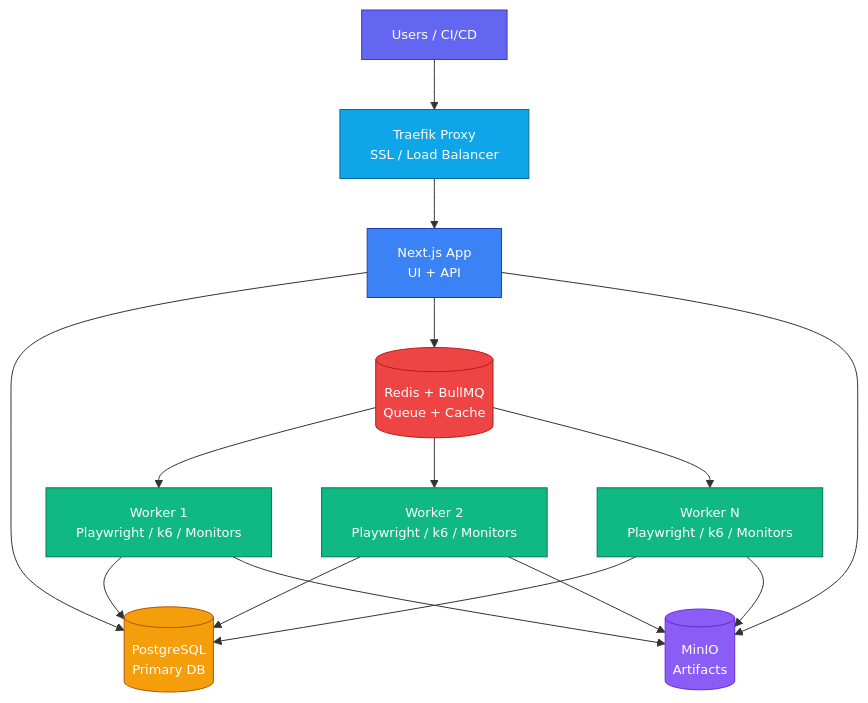
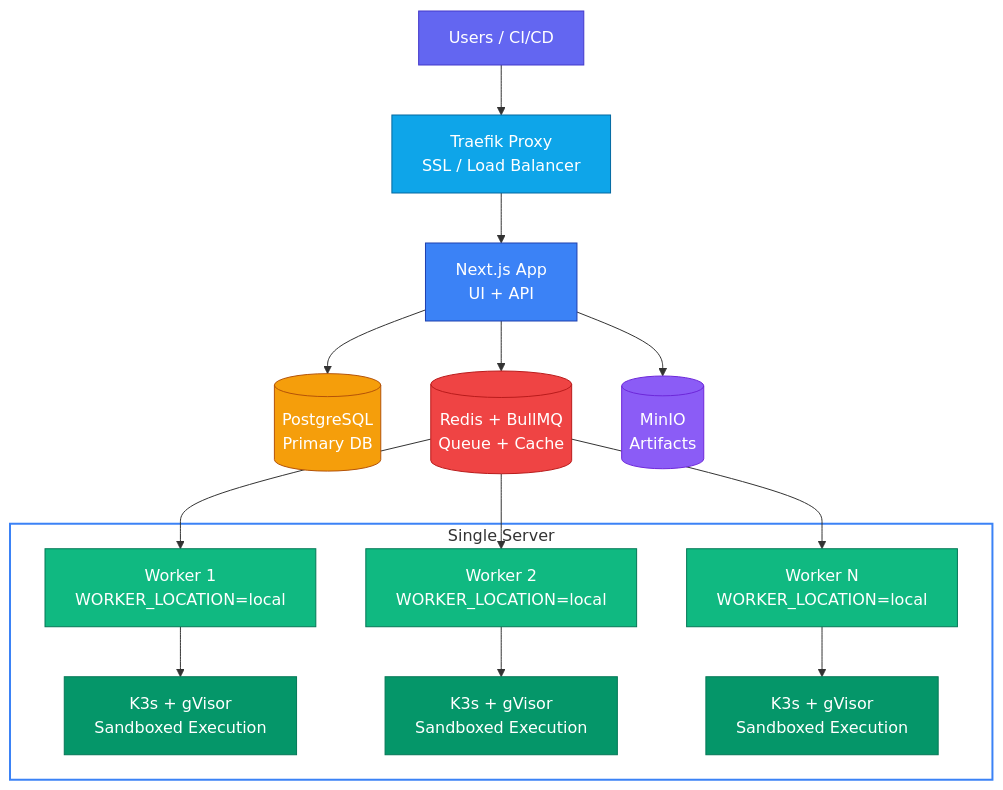
One commit to yawboateng/supercheck changed the diagram in docs/content/docs/app/deployment/self-hosted.mdx. Above: the diagram before and after it, drawn with Mermaid. The commit also changed other lines of this file and 4 other files, not shown here.

Commit message:
feat: enhance documentation for multi-location deployment and gVisor execution model

````diff
--- a/docs/content/docs/app/deployment/self-hosted.mdx
+++ b/docs/content/docs/app/deployment/self-hosted.mdx
@@ -324,27 +324,30 @@
 ```mermaid
-%%{init: {'themeVariables': { 'fontSize': '13px'}}}%%
 flowchart TB
     Users[Users / CI/CD] --> T[Traefik Proxy<br/>SSL / Load Balancer]
     T --> App[Next.js App<br/>UI + API]
-    
-    App --> DB[(PostgreSQL<br/>Primary DB)]
-    App --> Redis[(Redis + BullMQ<br/>Queue + Cache)]
-    App --> S3[(MinIO<br/>Artifacts)]
-    
-    Redis --> W1[Worker 1<br/>Playwright / k6 / Monitors]
-    Redis --> W2[Worker 2<br/>Playwright / k6 / Monitors]
-    Redis --> WN[Worker N<br/>Playwright / k6 / Monitors]
-    
-    W1 & W2 & WN --> DB
-    W1 & W2 & WN --> S3
+    App --> DB[(PostgreSQL<br/>Primary DB)] & Redis[(Redis + BullMQ<br/>Queue + Cache)] & S3[(MinIO<br/>Artifacts)]
+
+    Redis --> W1
+    Redis --> W2
+    Redis --> WN
+
+    subgraph SERVER["Single Server"]
+        W1[Worker 1<br/>WORKER_LOCATION=local] --> K3S_1[K3s + gVisor<br/>Sandboxed Execution]
+        W2[Worker 2<br/>WORKER_LOCATION=local] --> K3S_2[K3s + gVisor<br/>Sandboxed Execution]
+        WN[Worker N<br/>WORKER_LOCATION=local] --> K3S_N[K3s + gVisor<br/>Sandboxed Execution]
+    end
 
     style Users fill:#6366f1,stroke:#4338ca,color:#fff
     style T fill:#0ea5e9,stroke:#0369a1,color:#fff
     style App fill:#3b82f6,stroke:#1e40af,color:#fff
     style DB fill:#f59e0b,stroke:#b45309,color:#fff
     style Redis fill:#ef4444,stroke:#b91c1c,color:#fff
     style S3 fill:#8b5cf6,stroke:#6d28d9,color:#fff
     style W1 fill:#10b981,stroke:#047857,color:#fff
     style W2 fill:#10b981,stroke:#047857,color:#fff
     style WN fill:#10b981,stroke:#047857,color:#fff
+    style K3S_1 fill:#059669,stroke:#047857,color:#fff
+    style K3S_2 fill:#059669,stroke:#047857,color:#fff
+    style K3S_N fill:#059669,stroke:#047857,color:#fff
+    style SERVER fill:none,stroke:#3b82f6,stroke-width:2px
 ```
````
